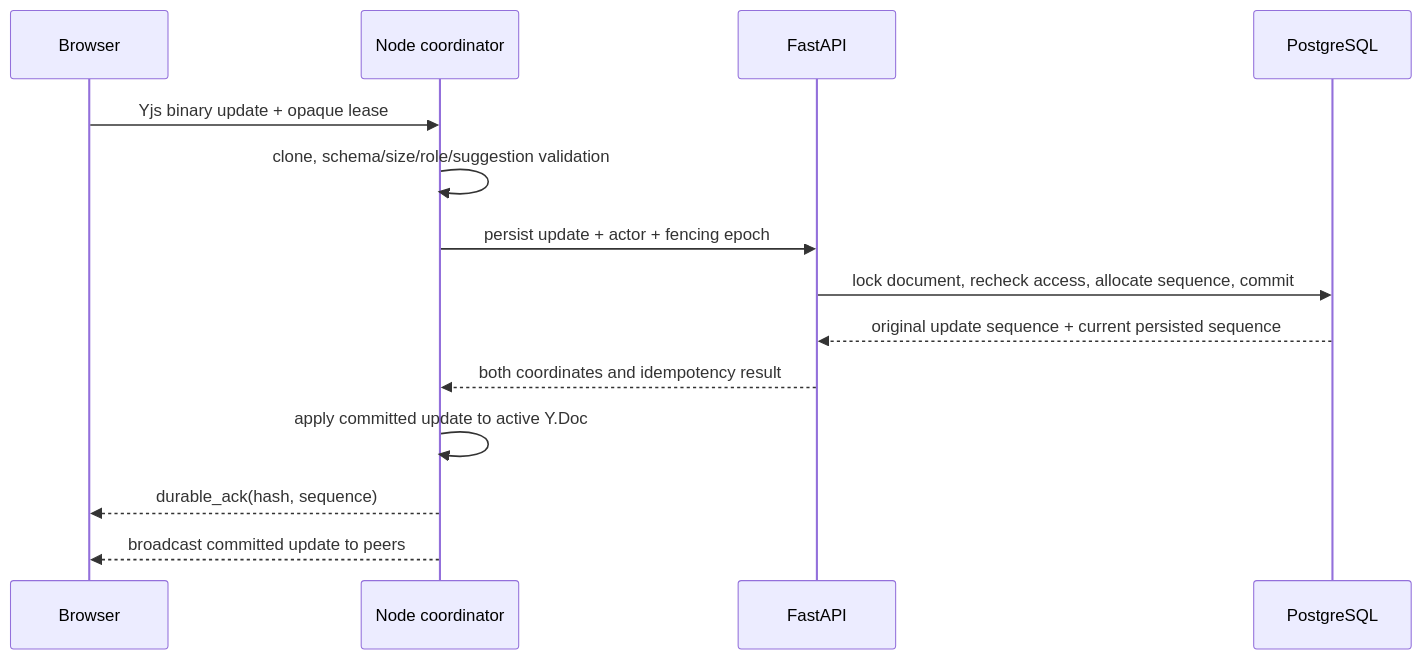
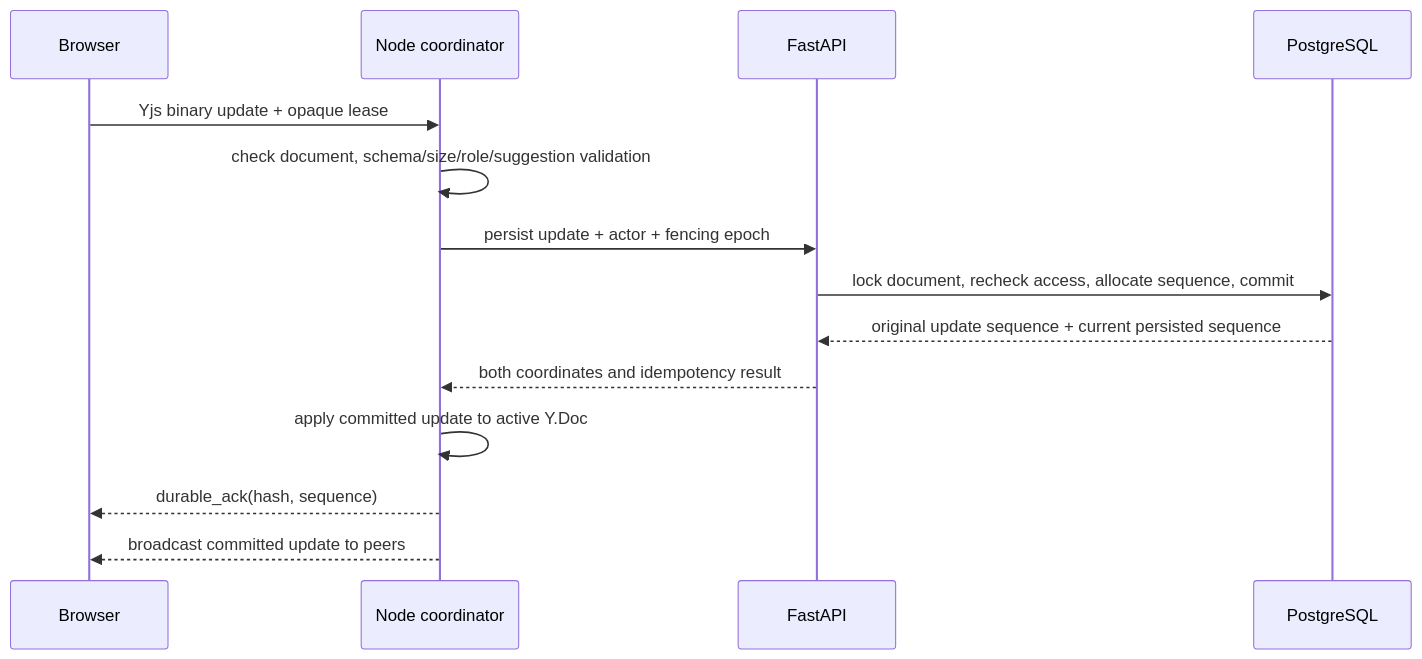
Before and after one commit to inqtrix/inqtrix: the second of 2 diagrams in docs/architecture/editor-collaboration.md, drawn with Mermaid. The commit also changed other lines of this file and 563 other files, not shown here.

````diff
--- a/docs/architecture/editor-collaboration.md
+++ b/docs/architecture/editor-collaboration.md
@@ -225,16 +229,16 @@
 ```mermaid
 sequenceDiagram
     participant B as Browser
     participant N as Node coordinator
     participant A as FastAPI
     participant P as PostgreSQL
     B->>N: Yjs binary update + opaque lease
-    N->>N: clone, schema/size/role/suggestion validation
+    N->>N: check document, schema/size/role/suggestion validation
     N->>A: persist update + actor + fencing epoch
     A->>P: lock document, recheck access, allocate sequence, commit
     P-->>A: original update sequence + current persisted sequence
     A-->>N: both coordinates and idempotency result
     N->>N: apply committed update to active Y.Doc
     N-->>B: durable_ack(hash, sequence)
     N-->>B: broadcast committed update to peers
 ```
````
